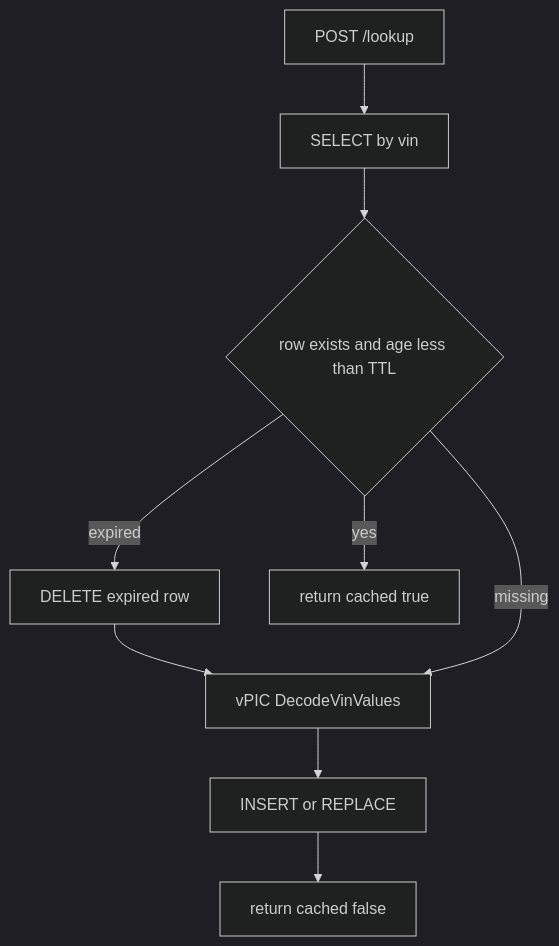
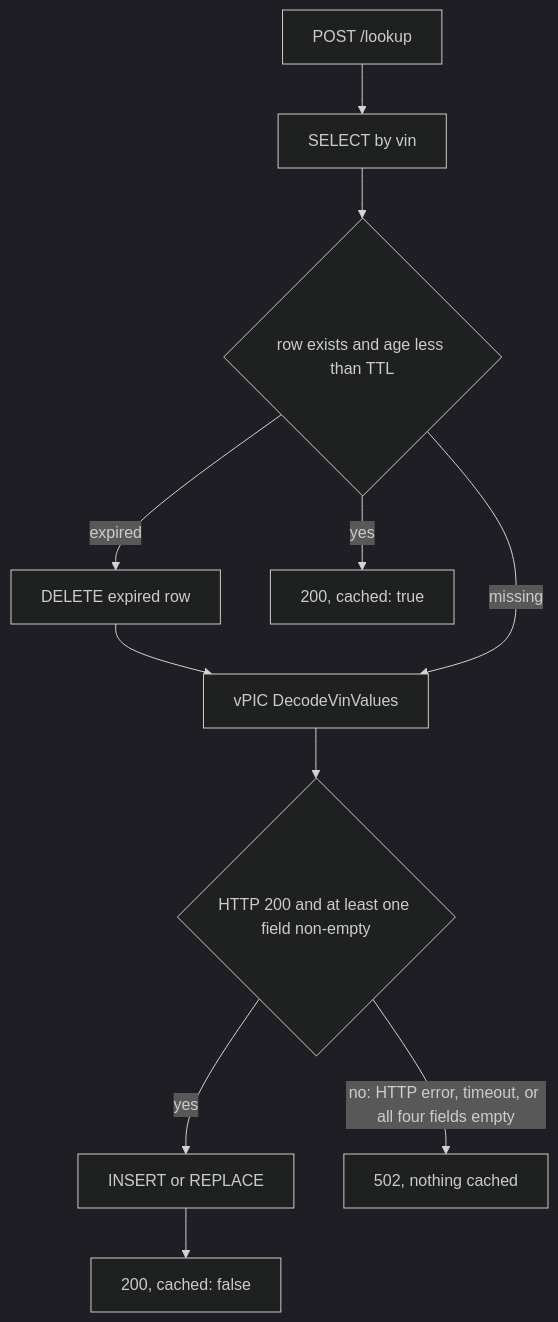
Before and after one commit to kielong/nas-eng-assessment-kielong: the first of 2 diagrams in .cursor/plans/vin_decoder_design.plan.md, drawn with Mermaid (dark theme). The commit also changed other lines of this file and 2 other files, not shown here.

````diff
--- a/.cursor/plans/vin_decoder_design.plan.md
+++ b/.cursor/plans/vin_decoder_design.plan.md
@@ -102,20 +141,24 @@
 ```mermaid
 flowchart TD
   lookup["POST /lookup"]
   select[SELECT by vin]
   fresh{row exists and age less than TTL}
   deleteExpired[DELETE expired row]
   vpic[vPIC DecodeVinValues]
+  vpicOk{HTTP 200 and at least one field non-empty}
   upsert[INSERT or REPLACE]
-  hit["return cached true"]
-  miss["return cached false"]
+  hit["200, cached: true"]
+  miss["200, cached: false"]
+  fail["502, nothing cached"]
 
   lookup --> select
   select --> fresh
   fresh -->|yes| hit
   fresh -->|expired| deleteExpired
   deleteExpired --> vpic
   fresh -->|missing| vpic
-  vpic --> upsert
+  vpic --> vpicOk
+  vpicOk -->|yes| upsert
+  vpicOk -->|"no: HTTP error, timeout, or all four fields empty"| fail
   upsert --> miss
 ```
````
